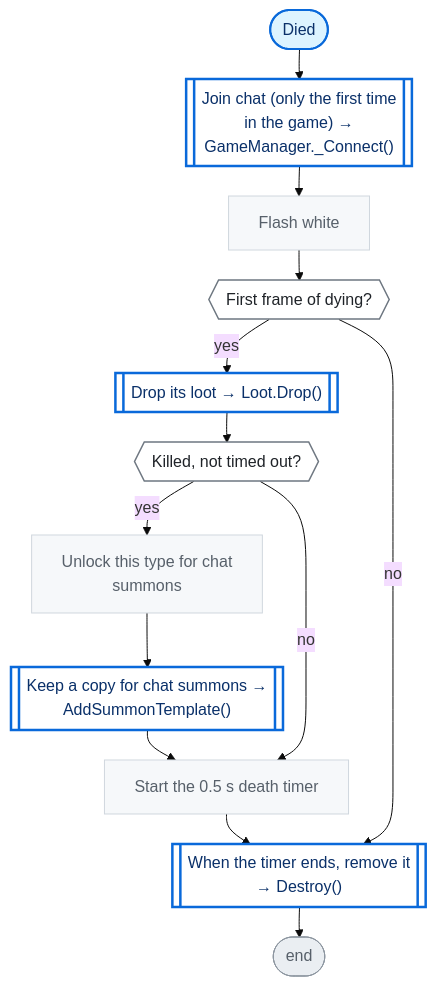
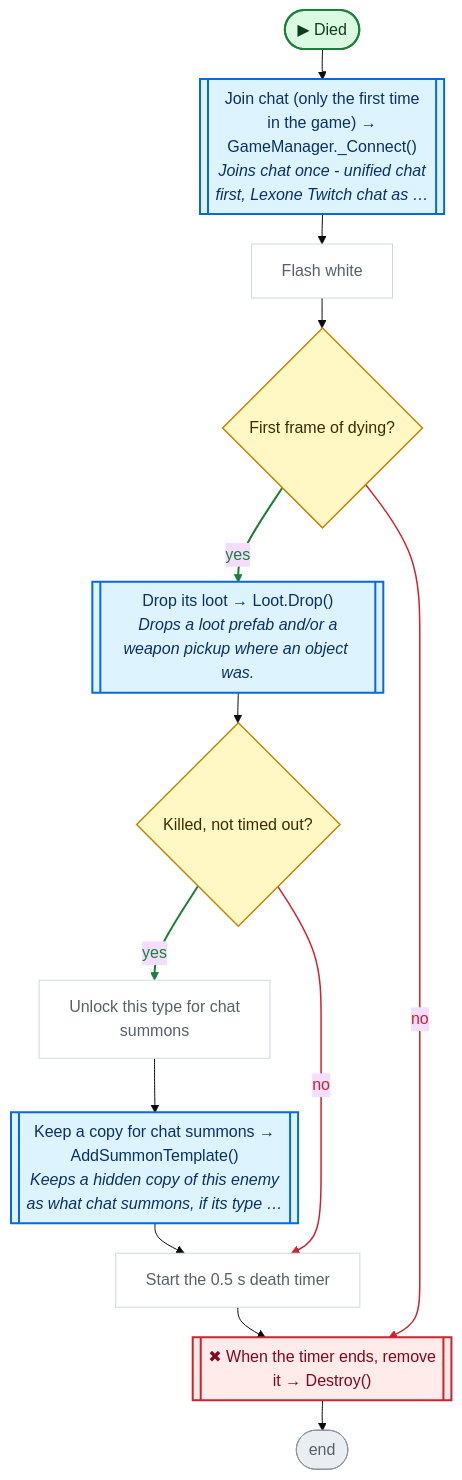
Before and after one commit to nataiai/Lord-of-the-Dungeon: the fourth of 7 diagrams in CodeGraph~/graph/Enemy.cs.md, drawn with Mermaid (base theme). The commit also changed other lines of this file and 44 other files, not shown here.

````diff
--- a/CodeGraph~/graph/Enemy.cs.md
+++ b/CodeGraph~/graph/Enemy.cs.md
@@ -202,48 +215,57 @@
 ```mermaid
 ---
 config:
   flowchart:
     wrappingWidth: 260
     nodeSpacing: 26
     rankSpacing: 30
 ---
 flowchart TD
-  nS(["Died"])
-  n5aa3bd[["Join chat (only the first time<br>in the game) →<br>GameManager._Connect()"]]
+  nS(["▶ Died"])
+  n5aa3bd[["Join chat (only the first time<br>in the game) →<br>GameManager._Connect()<br><i>Joins chat once - unified chat</i><br><i>first, Lexone Twitch chat as …</i>"]]
   nc3b092["Flash white"]
-  nb8c209{{"First frame of dying?"}}
-  nea5049[["Drop its loot → Loot.Drop()"]]
-  neefeeb{{"Killed, not timed out?"}}
+  nb8c209{"First frame of dying?"}
+  nea5049[["Drop its loot → Loot.Drop()<br><i>Drops a loot prefab and/or a</i><br><i>weapon pickup where an object was.</i>"]]
+  neefeeb{"Killed, not timed out?"}
   n49cef5["Unlock this type for chat<br>summons"]
-  n4fe11b[["Keep a copy for chat summons →<br>AddSummonTemplate()"]]
+  n4fe11b[["Keep a copy for chat summons →<br>AddSummonTemplate()<br><i>Keeps a hidden copy of this enemy</i><br><i>as what chat summons, if its type …</i>"]]
   n32efa2["Start the 0.5 s death timer"]
-  nf22dbd[["When the timer ends, remove it<br>→ Destroy()"]]
+  nf22dbd[["✖ When the timer ends, remove<br>it → Destroy()"]]
   nE(["end"])
   nS --> n5aa3bd
   n5aa3bd --> nc3b092
   nc3b092 --> nb8c209
   nb8c209 -->|yes| nea5049
   nea5049 --> neefeeb
   neefeeb -->|yes| n49cef5
   n49cef5 --> n4fe11b
   n4fe11b --> n32efa2
   neefeeb -->|no| n32efa2
   n32efa2 --> nf22dbd
   nb8c209 -->|no| nf22dbd
   nf22dbd --> nE
-  classDef unity fill:#fff1c2,stroke:#9a6700,stroke-width:2px,color:#3b2300
-  classDef start fill:#ddf4ff,stroke:#0969da,stroke-width:2px,color:#0a3069
-  classDef calc fill:#f6f8fa,stroke:#d0d7de,color:#57606a
-  classDef calls fill:#ffffff,stroke:#0969da,stroke-width:2.5px,color:#0a3069
-  classDef cond fill:#ffffff,stroke:#6e7781,stroke-width:1.5px,color:#1f2328
-  classDef loop fill:#fbefff,stroke:#8250df,color:#3e1f79
-  classDef exit fill:#eaeef2,stroke:#57606a,color:#24292f
-  classDef wait fill:#fff8f0,stroke:#bc4c00,color:#4d1d00
+  linkStyle 3 stroke:#1a7f37,stroke-width:2px,color:#1a7f37
+  linkStyle 5 stroke:#1a7f37,stroke-width:2px,color:#1a7f37
+  linkStyle 8 stroke:#cf222e,stroke-width:1.5px,color:#cf222e
+  linkStyle 10 stroke:#cf222e,stroke-width:1.5px,color:#cf222e
+  classDef unity fill:#dafbe1,stroke:#1a7f37,stroke-width:2px,color:#0f3d1d
+  classDef start fill:#dafbe1,stroke:#1a7f37,stroke-width:2px,color:#0f3d1d
+  classDef calc fill:#ffffff,stroke:#d0d7de,color:#57606a
+  classDef calls fill:#ddf4ff,stroke:#0969da,stroke-width:2px,color:#0a3069
+  classDef ext fill:#ddf4ff,stroke:#0969da,stroke-width:2px,stroke-dasharray:5 3,color:#0a3069
+  classDef cond fill:#fff8c5,stroke:#bf8700,stroke-width:1.5px,color:#3d2a00
+  classDef loop fill:#f6f8fa,stroke:#57606a,color:#1f2328
+  classDef exit fill:#ffebe9,stroke:#cf222e,color:#82071e
+  classDef kill fill:#ffebe9,stroke:#cf222e,stroke-width:2px,color:#82071e
+  classDef spawn fill:#dafbe1,stroke:#1a7f37,stroke-width:2px,color:#0f3d1d
+  classDef wait fill:#fff1e5,stroke:#bc4c00,color:#4d1d00
   classDef fin fill:#eaeef2,stroke:#8c959f,color:#57606a
   classDef join fill:#d0d7de,stroke:#8c959f,color:#57606a
+  classDef ghdr fill:#f5f9ff,stroke:#f5f9ff,color:#0a3069,font-weight:bold
   class nc3b092,n49cef5,n32efa2 calc
-  class n5aa3bd,nea5049,n4fe11b,nf22dbd calls
+  class n5aa3bd,nea5049,n4fe11b calls
   class nb8c209,neefeeb cond
   class nE fin
+  class nf22dbd kill
   class nS start
 ```
````
